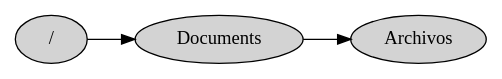
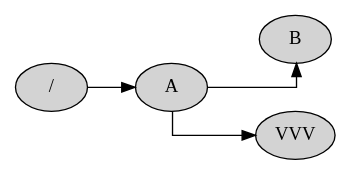
The diagram in Proyecto2/Grafo.dot (Eduardo01004/EDD_2S2019_PY2_201612124), drawn with Graphviz before and after one commit. The commit also changed 67 other files, not shown here.

```diff
--- a/Proyecto2/Grafo.dot
+++ b/Proyecto2/Grafo.dot
@@ -1,6 +1,7 @@
 digraph G{rankdir=LR;
  graph [splines=ortho, nodesep=0.5];
 node [shape=ellipse, style=filled]
-"/" -> "Documents"
-"Documents" -> "Archivos"
+"/" -> "A"
+"A" -> "B"
+"A" -> "VVV"
 }
```
